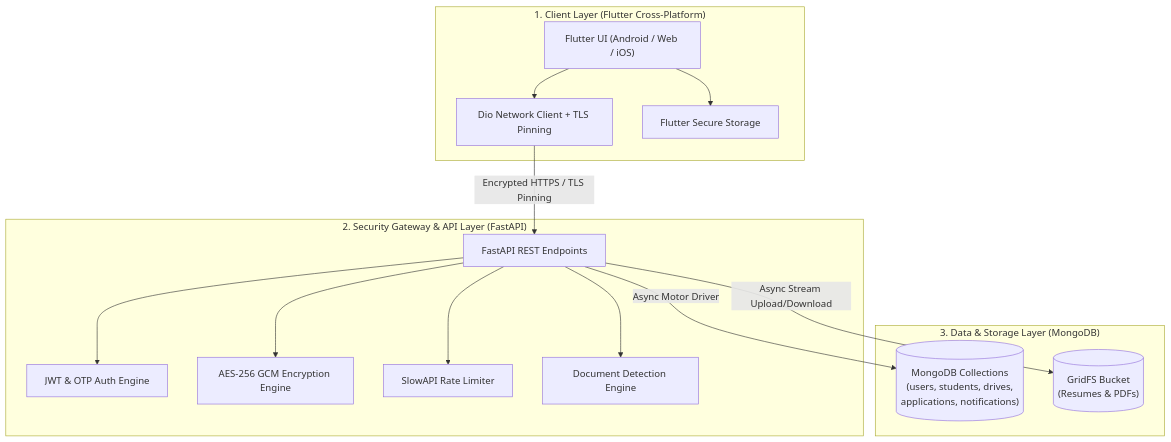
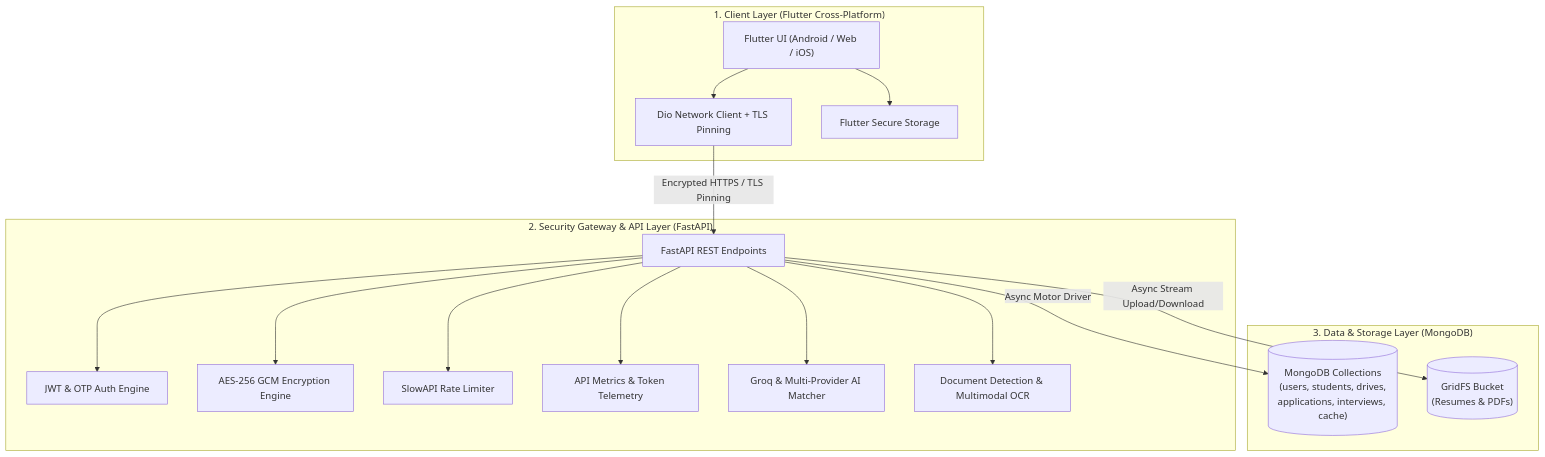
Before and after one commit to yash0622/TalentLOQ: the diagram in README.md, drawn with Mermaid. The commit also changed other lines of this file, not shown here.

Commit message:
docs: update README with Candidate Validation Dashboard, AI token observability, and current system specs

````diff
--- a/README.md
+++ b/README.md
@@ -71,31 +85,35 @@
 ```mermaid
 flowchart TD
     subgraph Client ["1. Client Layer (Flutter Cross-Platform)"]
         UI["Flutter UI (Android / Web / iOS)"]
         Dio["Dio Network Client + TLS Pinning"]
         Storage["Flutter Secure Storage"]
         UI --> Dio
         UI --> Storage
     end
 
     subgraph Gateway ["2. Security Gateway & API Layer (FastAPI)"]
         API["FastAPI REST Endpoints"]
         Auth["JWT & OTP Auth Engine"]
         AES["AES-256 GCM Encryption Engine"]
         Limiter["SlowAPI Rate Limiter"]
-        Parser["Document Detection Engine"]
+        Observability["API Metrics & Token Telemetry"]
+        AI_Engine["Groq & Multi-Provider AI Matcher"]
+        Parser["Document Detection & Multimodal OCR"]
         API --> Auth
         API --> AES
         API --> Limiter
+        API --> Observability
+        API --> AI_Engine
         API --> Parser
     end
 
     subgraph Database ["3. Data & Storage Layer (MongoDB)"]
-        Mongo[("MongoDB Collections\n(users, students, drives,\napplications, notifications)")]
+        Mongo[("MongoDB Collections\n(users, students, drives,\napplications, interviews, cache)")]
         GridFS[("GridFS Bucket\n(Resumes & PDFs)")]
     end
 
     Dio -- "Encrypted HTTPS / TLS Pinning" --> API
     API -- "Async Motor Driver" --> Mongo
     API -- "Async Stream Upload/Download" --> GridFS
 ```
````
